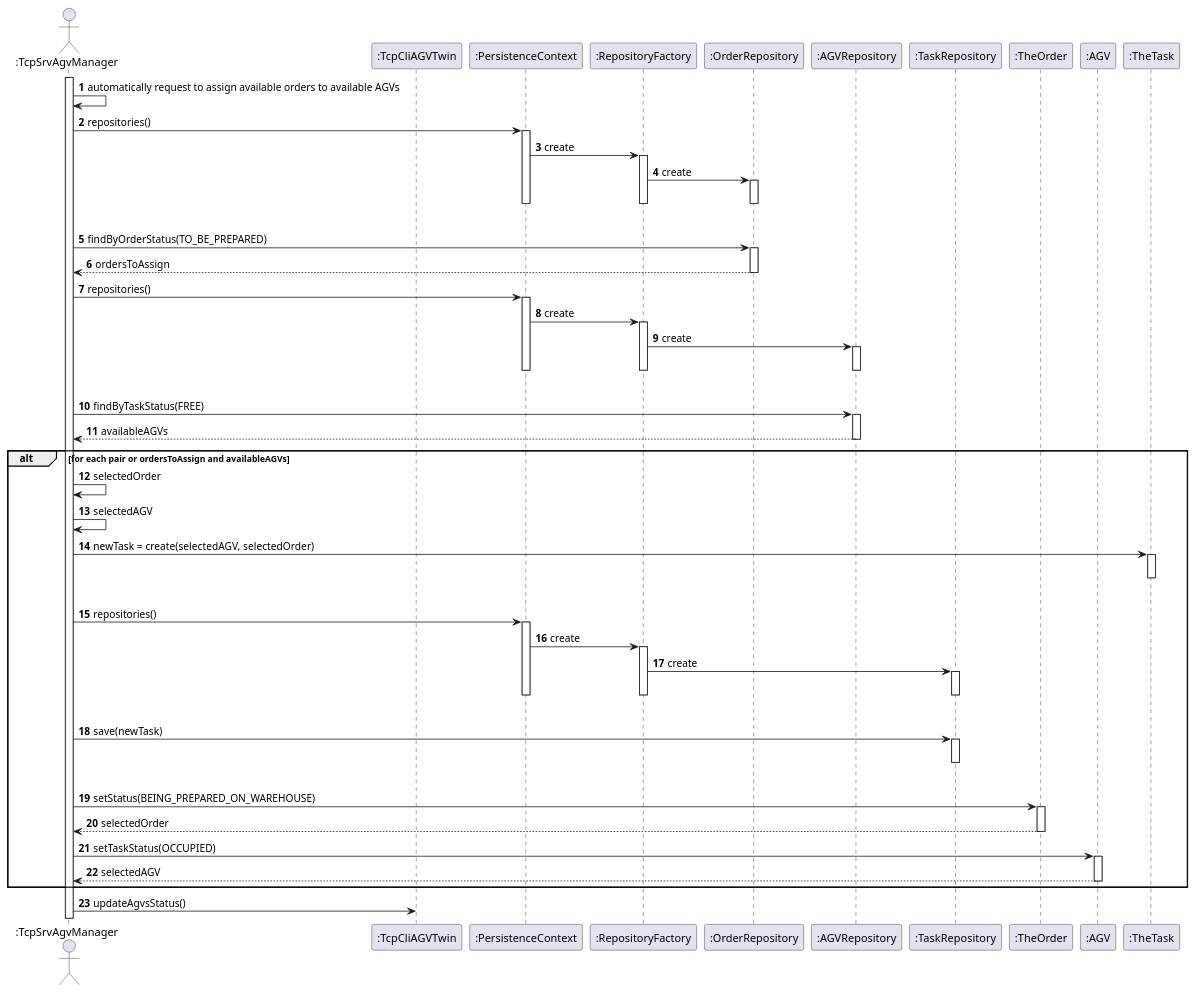
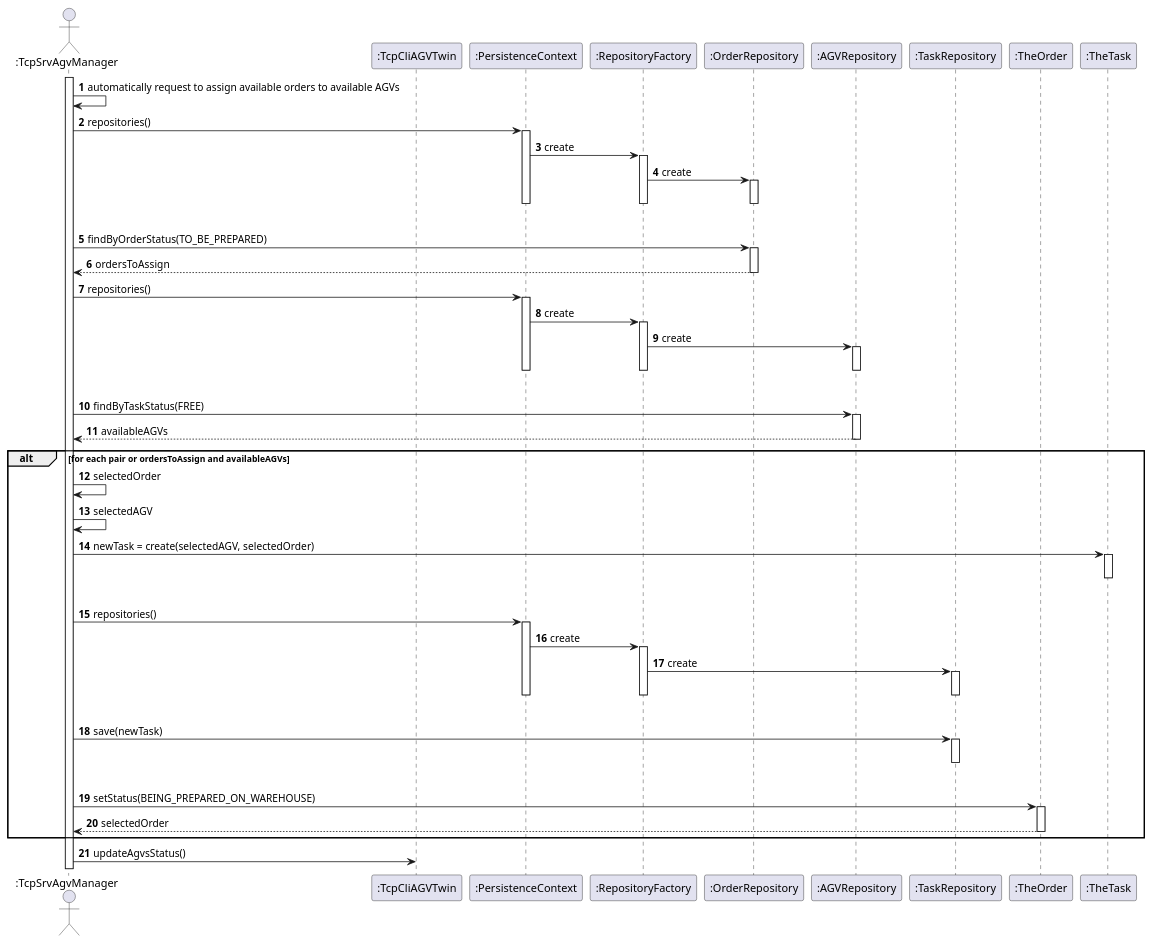
One commit to ana-albergaria/LAPR4-ISEP changed the diagram in docs/1201592/US4002/US_4002_SD.puml. Above: the diagram before and after it, drawn with PlantUML. The commit also changed 7 other files, not shown here.

```diff
--- a/docs/1201592/US4002/US_4002_SD.puml
+++ b/docs/1201592/US4002/US_4002_SD.puml
@@ -1,84 +1,79 @@
 @startuml
 'https://plantuml.com/sequence-diagram
 
 autonumber
 
 Actor ":TcpSrvAgvManager" as AGVM
 participant ":TcpCliAGVTwin" as AGVTC
 participant ":PersistenceContext" as Persistance
 participant ":RepositoryFactory" as Factory
 participant ":OrderRepository" as OrderRep
 participant ":AGVRepository" as AGVRep
 participant ":TaskRepository" as TaskRep
 participant ":TheOrder" as ORDER
-participant ":AGV" as AGV
 participant ":TheTask" as Task
 
 activate AGVM
 AGVM -> AGVM : automatically request to assign available orders to available AGVs
 AGVM -> Persistance : repositories()
 activate Persistance
 Persistance -> Factory : create
 activate Factory
 Factory -> OrderRep : create
 activate OrderRep
 |||
 deactivate OrderRep
 deactivate Factory
 deactivate Persistance
 AGVM -> OrderRep : findByOrderStatus(TO_BE_PREPARED)
 activate OrderRep
 OrderRep --> AGVM : ordersToAssign
 deactivate OrderRep
 AGVM -> Persistance : repositories()
 activate Persistance
 Persistance -> Factory : create
 activate Factory
 Factory -> AGVRep : create
 activate AGVRep
 |||
 deactivate AGVRep
 deactivate Factory
 deactivate Persistance
 AGVM -> AGVRep : findByTaskStatus(FREE)
 activate AGVRep
 AGVRep --> AGVM : availableAGVs
 deactivate AGVRep
 
 alt for each pair or ordersToAssign and availableAGVs
 AGVM -> AGVM : selectedOrder
 AGVM -> AGVM : selectedAGV
 
 AGVM -> Task : newTask = create(selectedAGV, selectedOrder)
 activate Task
 |||
 deactivate Task
 AGVM -> Persistance : repositories()
 activate Persistance
 Persistance -> Factory : create
 activate Factory
 Factory -> TaskRep : create
 activate TaskRep
 |||
 deactivate TaskRep
 deactivate Factory
 deactivate Persistance
 AGVM -> TaskRep : save(newTask)
 activate TaskRep
 |||
 deactivate TaskRep
 
 AGVM -> ORDER : setStatus(BEING_PREPARED_ON_WAREHOUSE)
 activate ORDER
 ORDER --> AGVM : selectedOrder
 deactivate ORDER
-AGVM -> AGV : setTaskStatus(OCCUPIED)
-activate AGV
-AGV --> AGVM : selectedAGV
-deactivate AGV
 
 end
 
 AGVM -> AGVTC : updateAgvsStatus()
 
 @enduml
```
